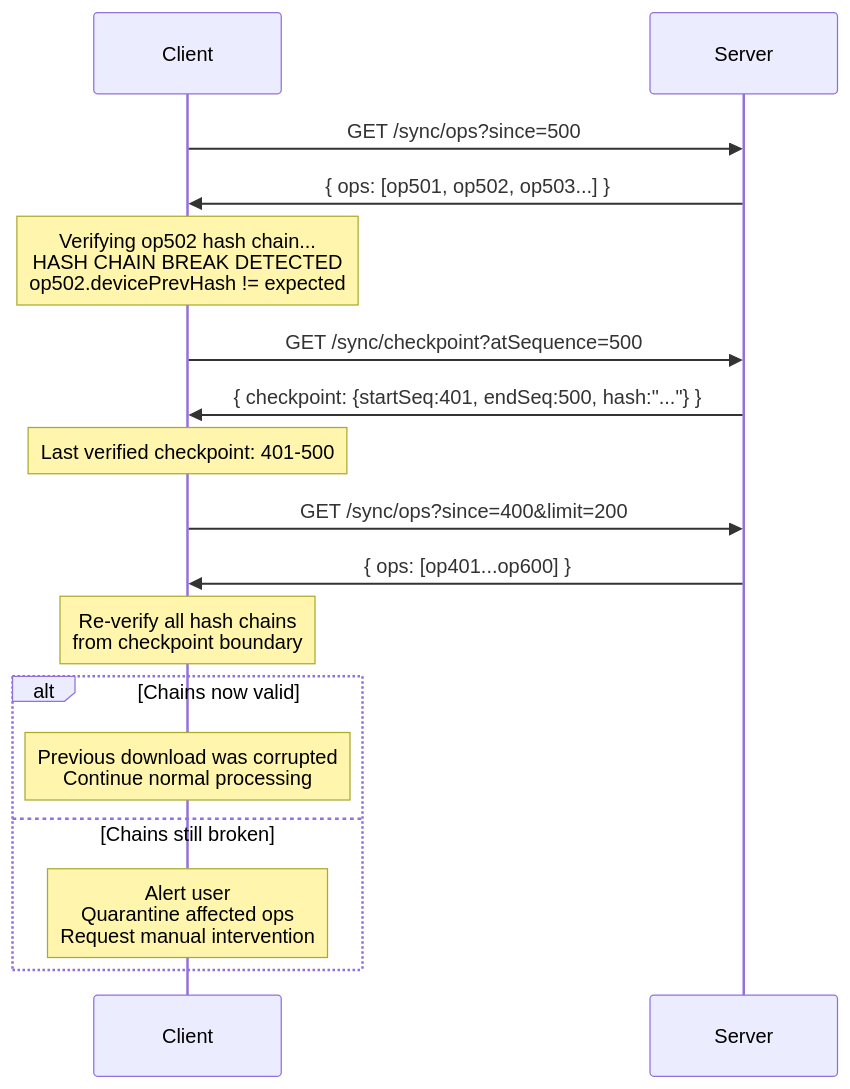
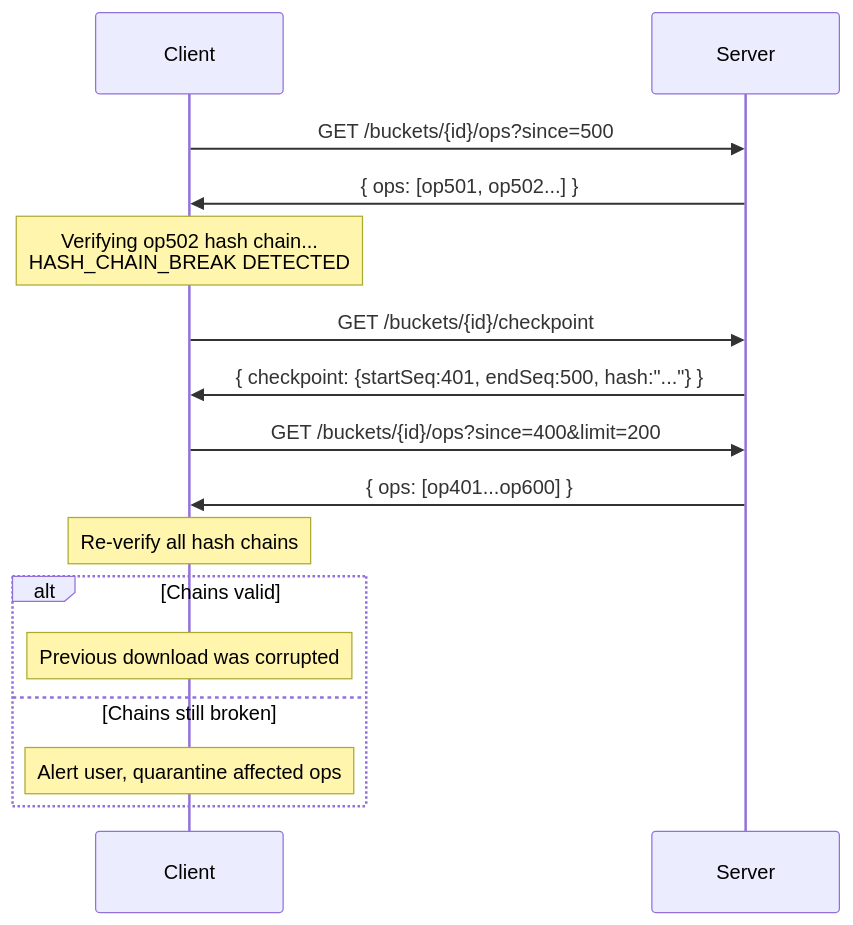
One commit to CybotTM/kidsync changed the second of 2 diagrams in docs/protocol/sync-protocol.md. Above: the diagram before and after it, drawn with Mermaid. The commit also changed other lines of this file and 3 other files, not shown here.

````diff
--- a/docs/protocol/sync-protocol.md
+++ b/docs/protocol/sync-protocol.md
@@ -1682,26 +1335,24 @@
 ```mermaid
 sequenceDiagram
     participant C as Client
     participant S as Server
 
-    C->>S: GET /sync/ops?since=500
-    S->>C: { ops: [op501, op502, op503...] }
+    C->>S: GET /buckets/{id}/ops?since=500
+    S->>C: { ops: [op501, op502...] }
 
-    Note over C: Verifying op502 hash chain...<br/>HASH CHAIN BREAK DETECTED<br/>op502.devicePrevHash != expected
+    Note over C: Verifying op502 hash chain...<br/>HASH_CHAIN_BREAK DETECTED
 
-    C->>S: GET /sync/checkpoint?atSequence=500
+    C->>S: GET /buckets/{id}/checkpoint
     S->>C: { checkpoint: {startSeq:401, endSeq:500, hash:"..."} }
 
-    Note over C: Last verified checkpoint: 401-500
-
-    C->>S: GET /sync/ops?since=400&limit=200
+    C->>S: GET /buckets/{id}/ops?since=400&limit=200
     S->>C: { ops: [op401...op600] }
 
-    Note over C: Re-verify all hash chains<br/>from checkpoint boundary
+    Note over C: Re-verify all hash chains
 
-    alt Chains now valid
-        Note over C: Previous download was corrupted<br/>Continue normal processing
+    alt Chains valid
+        Note over C: Previous download was corrupted
     else Chains still broken
-        Note over C: Alert user<br/>Quarantine affected ops<br/>Request manual intervention
+        Note over C: Alert user, quarantine affected ops
     end
 ```
````
